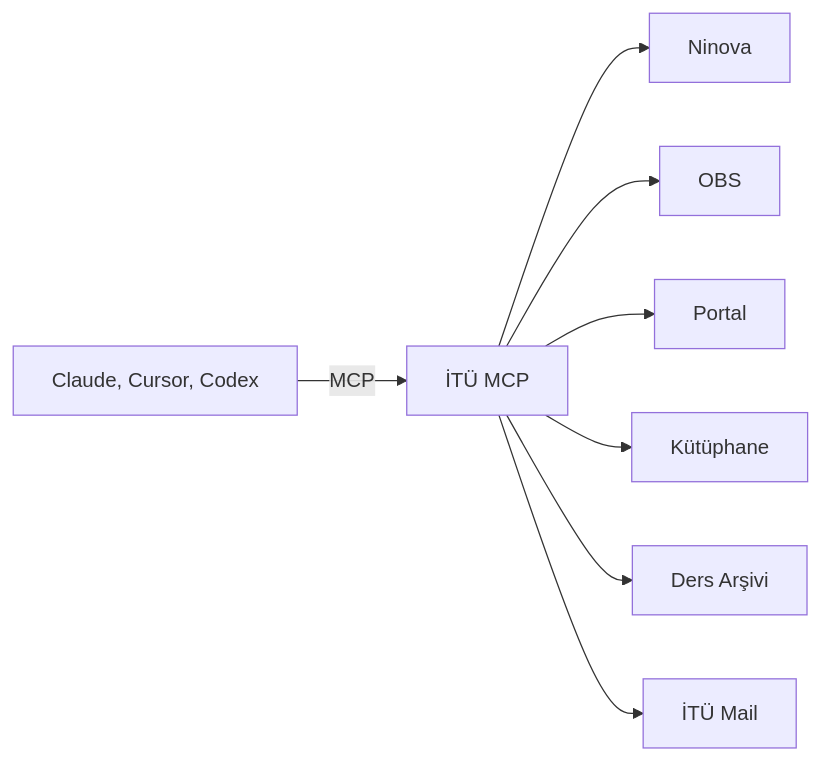
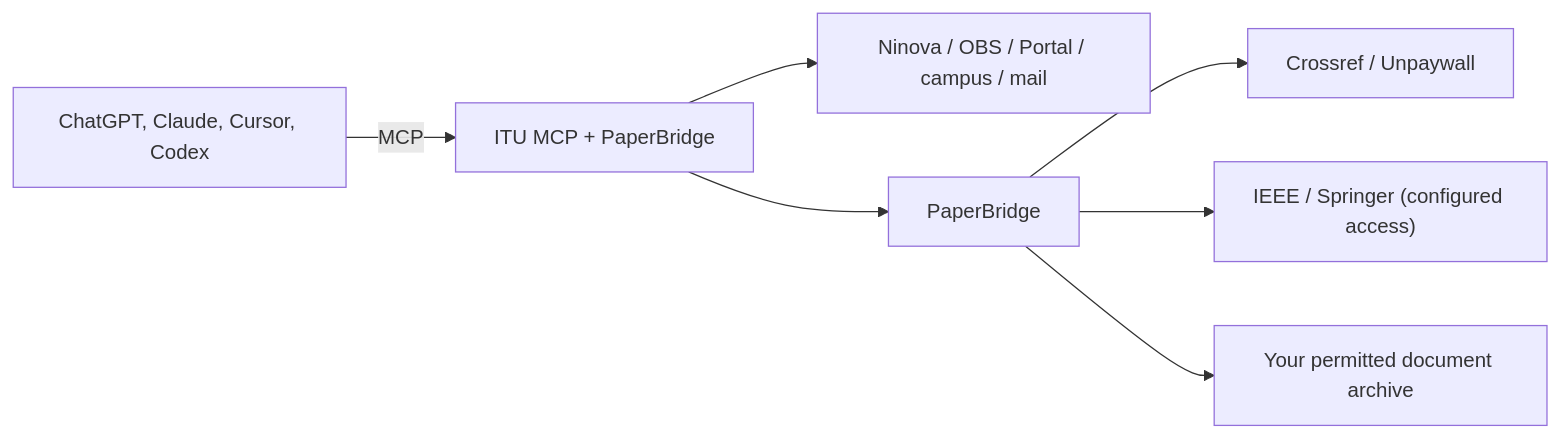
The diagram in README.md (tzi4/itu-mcp), drawn with Mermaid before and after one commit. The commit also changed other lines of this file and 85 other files, not shown here.

Commit message:
Bring the active Pi application and PaperBridge into the maintained fork

````diff
--- a/README.md
+++ b/README.md
@@ -54,10 +117,9 @@
 ```mermaid
 graph LR
-    istemci["Claude, Cursor, Codex"] -->|"MCP"| sunucu["İTÜ MCP"]
-    sunucu --> ninova["Ninova"]
-    sunucu --> obs["OBS"]
-    sunucu --> portal["Portal"]
-    sunucu --> kutuphane["Kütüphane"]
-    sunucu --> arsiv["Ders Arşivi"]
-    sunucu --> mail["İTÜ Mail"]
+    client["ChatGPT, Claude, Cursor, Codex"] -->|"MCP"| server["ITU MCP + PaperBridge"]
+    server --> itu["Ninova / OBS / Portal / campus / mail"]
+    server --> pb["PaperBridge"]
+    pb --> metadata["Crossref / Unpaywall"]
+    pb --> publishers["IEEE / Springer (configured access)"]
+    pb --> archive["Your permitted document archive"]
 ```
````
